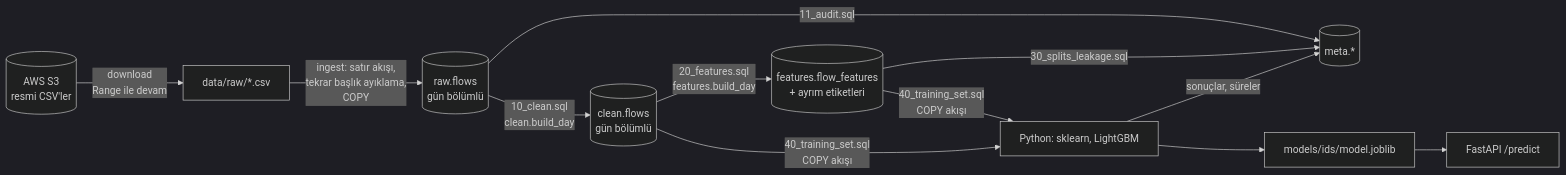
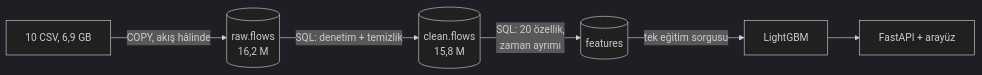
One commit to l4NGEL/sql-saldiri-tespit changed the diagram in README.md. Above: the diagram before and after it, drawn with Mermaid (dark theme). The commit also changed other lines of this file and 13 other files, not shown here.

````diff
--- a/README.md
+++ b/README.md
@@ -86,13 +61,8 @@
 ```mermaid
 flowchart LR
-    S3[(AWS S3<br/>resmi CSV'ler)] -->|download<br/>Range ile devam| CSV[data/raw/*.csv]
-    CSV -->|ingest: satır akışı,<br/>tekrar başlık ayıklama,<br/>COPY| RAW[(raw.flows<br/>gün bölümlü)]
-    RAW -->|11_audit.sql| META[(meta.*)]
-    RAW -->|10_clean.sql<br/>clean.build_day| CLEAN[(clean.flows<br/>gün bölümlü)]
-    CLEAN -->|20_features.sql<br/>features.build_day| FEAT[(features.flow_features<br/>+ ayrım etiketleri)]
-    FEAT -->|30_splits_leakage.sql| META
-    CLEAN & FEAT -->|40_training_set.sql<br/>COPY akışı| PY[Python: sklearn, LightGBM]
-    PY -->|sonuçlar, süreler| META
-    PY --> MODEL[models/ids/model.joblib]
-    MODEL --> API[FastAPI /predict]
+    CSV[10 CSV, 6,9 GB] -->|COPY, akış hâlinde| RAW[(raw.flows<br/>16,2 M)]
+    RAW -->|SQL: denetim + temizlik| CLEAN[(clean.flows<br/>15,8 M)]
+    CLEAN -->|SQL: 20 özellik,<br/>zaman ayrımı| FEAT[(features)]
+    FEAT -->|tek eğitim sorgusu| ML[LightGBM]
+    ML --> API[FastAPI + arayüz]
 ```
````
